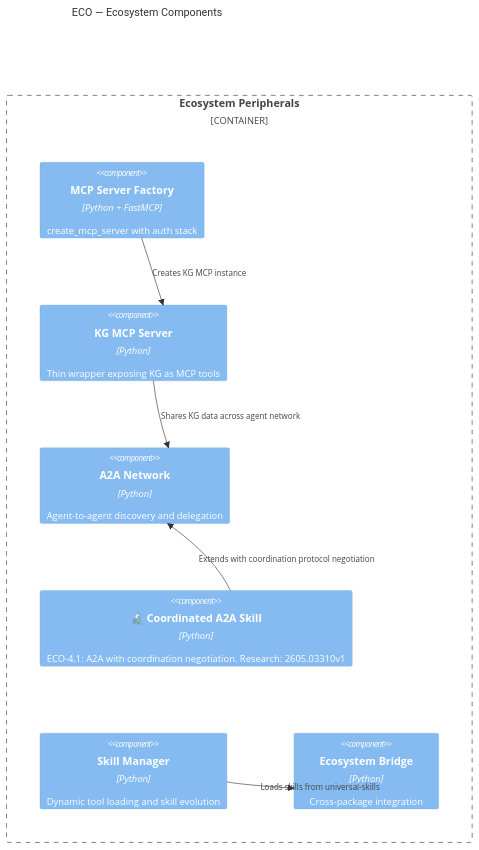
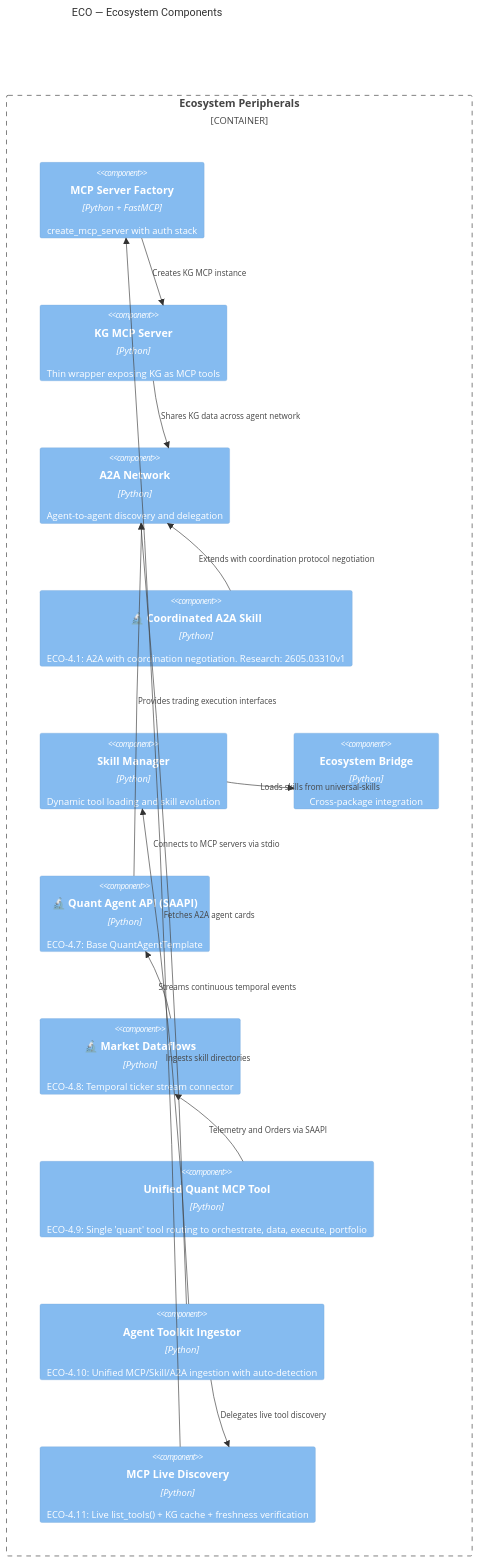
Before and after one commit to Knuckles-Team/agent-utilities: the sixth of 9 diagrams in docs/pillars/architecture_c4.md, drawn with Mermaid. The commit also changed other lines of this file and 215 other files, not shown here.

````diff
--- a/docs/pillars/architecture_c4.md
+++ b/docs/pillars/architecture_c4.md
@@ -154,18 +169,30 @@
 ```mermaid
 C4Component
     title ECO — Ecosystem Components
 
     Container_Boundary(eco, "Ecosystem Peripherals") {
         Component(mcp_factory, "MCP Server Factory", "Python + FastMCP", "create_mcp_server with auth stack")
         Component(kg_mcp, "KG MCP Server", "Python", "Thin wrapper exposing KG as MCP tools")
         Component(a2a, "A2A Network", "Python", "Agent-to-agent discovery and delegation")
         Component(coord_a2a, "🔬 Coordinated A2A Skill", "Python", "ECO-4.1: A2A with coordination negotiation. Research: 2605.03310v1")
         Component(skill_mgr, "Skill Manager", "Python", "Dynamic tool loading and skill evolution")
         Component(bridge, "Ecosystem Bridge", "Python", "Cross-package integration")
+        Component(quantapi, "🔬 Quant Agent API (SAAPI)", "Python", "ECO-4.7: Base QuantAgentTemplate")
+        Component(dataflows, "🔬 Market Dataflows", "Python", "ECO-4.8: Temporal ticker stream connector")
+        Component(quant_mcp, "Unified Quant MCP Tool", "Python", "ECO-4.9: Single 'quant' tool routing to orchestrate, data, execute, portfolio")
+        Component(toolkit_ingest, "Agent Toolkit Ingestor", "Python", "ECO-4.10: Unified MCP/Skill/A2A ingestion with auto-detection")
+        Component(mcp_discover, "MCP Live Discovery", "Python", "ECO-4.11: Live list_tools() + KG cache + freshness verification")
     }
 
     Rel(mcp_factory, kg_mcp, "Creates KG MCP instance")
     Rel(kg_mcp, a2a, "Shares KG data across agent network")
     Rel(coord_a2a, a2a, "Extends with coordination protocol negotiation")
     Rel(skill_mgr, bridge, "Loads skills from universal-skills")
+    Rel(quantapi, a2a, "Provides trading execution interfaces")
+    Rel(dataflows, quantapi, "Streams continuous temporal events")
+    Rel(quant_mcp, dataflows, "Telemetry and Orders via SAAPI")
+    Rel(toolkit_ingest, mcp_discover, "Delegates live tool discovery")
+    Rel(toolkit_ingest, skill_mgr, "Ingests skill directories")
+    Rel(toolkit_ingest, a2a, "Fetches A2A agent cards")
+    Rel(mcp_discover, mcp_factory, "Connects to MCP servers via stdio")
 ```
````
